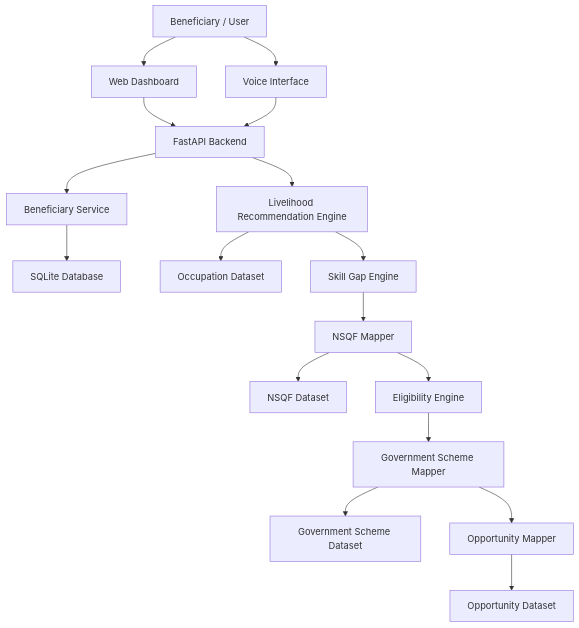
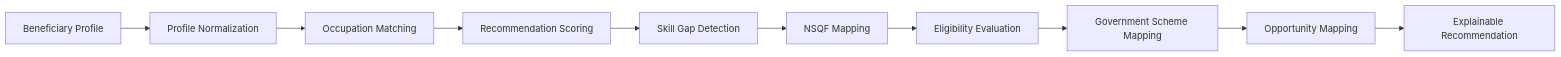
One commit to Adarsha-o-O/jeevika-ai changed the first of 2 diagrams in README.md. Above: the diagram before and after it, drawn with Mermaid. The commit also changed other lines of this file and 1 other file, not shown here.

````diff
--- a/README.md
+++ b/README.md
@@ -362,26 +87,12 @@
 ```mermaid
-graph TD
-    A["Beneficiary / User"] --> B["Web Dashboard"]
-    A --> C["Voice Interface"]
-
-    B --> D["FastAPI Backend"]
-    C --> D
-
-    D --> E["Beneficiary Service"]
-    D --> F["Livelihood Recommendation Engine"]
-
-    E --> L["SQLite Database"]
-
-    F --> M["Occupation Dataset"]
-    F --> G["Skill Gap Engine"]
-
-    G --> H["NSQF Mapper"]
-    H --> N["NSQF Dataset"]
-    H --> I["Eligibility Engine"]
-
-    I --> J["Government Scheme Mapper"]
-    J --> O["Government Scheme Dataset"]
-    J --> K["Opportunity Mapper"]
-
-    K --> P["Opportunity Dataset"]
+flowchart LR
+    A[Beneficiary Profile] --> B[Profile Normalization]
+    B --> C[Occupation Matching]
+    C --> D[Recommendation Scoring]
+    D --> E[Skill Gap Detection]
+    E --> F[NSQF Mapping]
+    F --> G[Eligibility Evaluation]
+    G --> H[Government Scheme Mapping]
+    H --> I[Opportunity Mapping]
+    I --> J[Explainable Recommendation]
 ```
````
